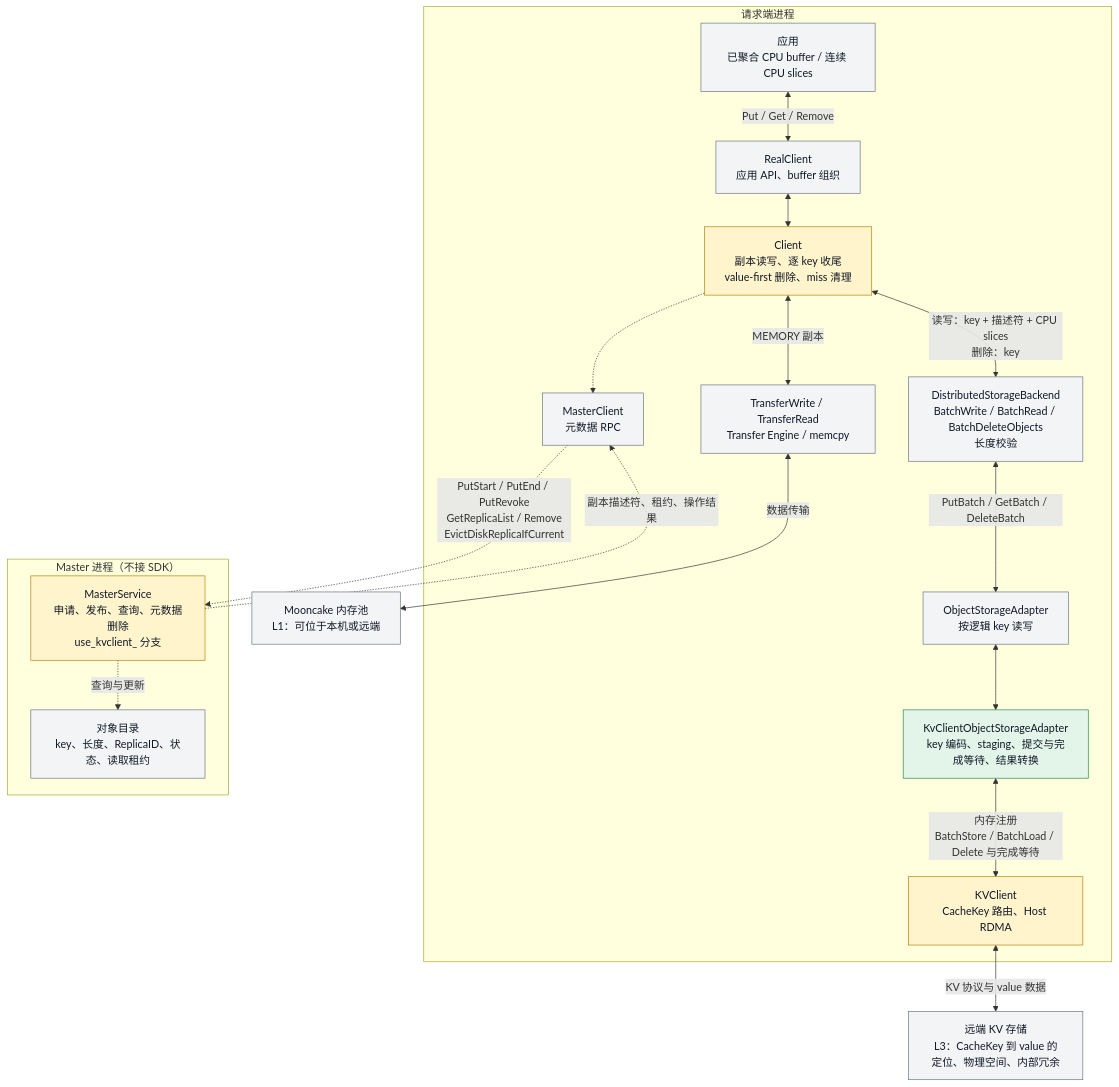
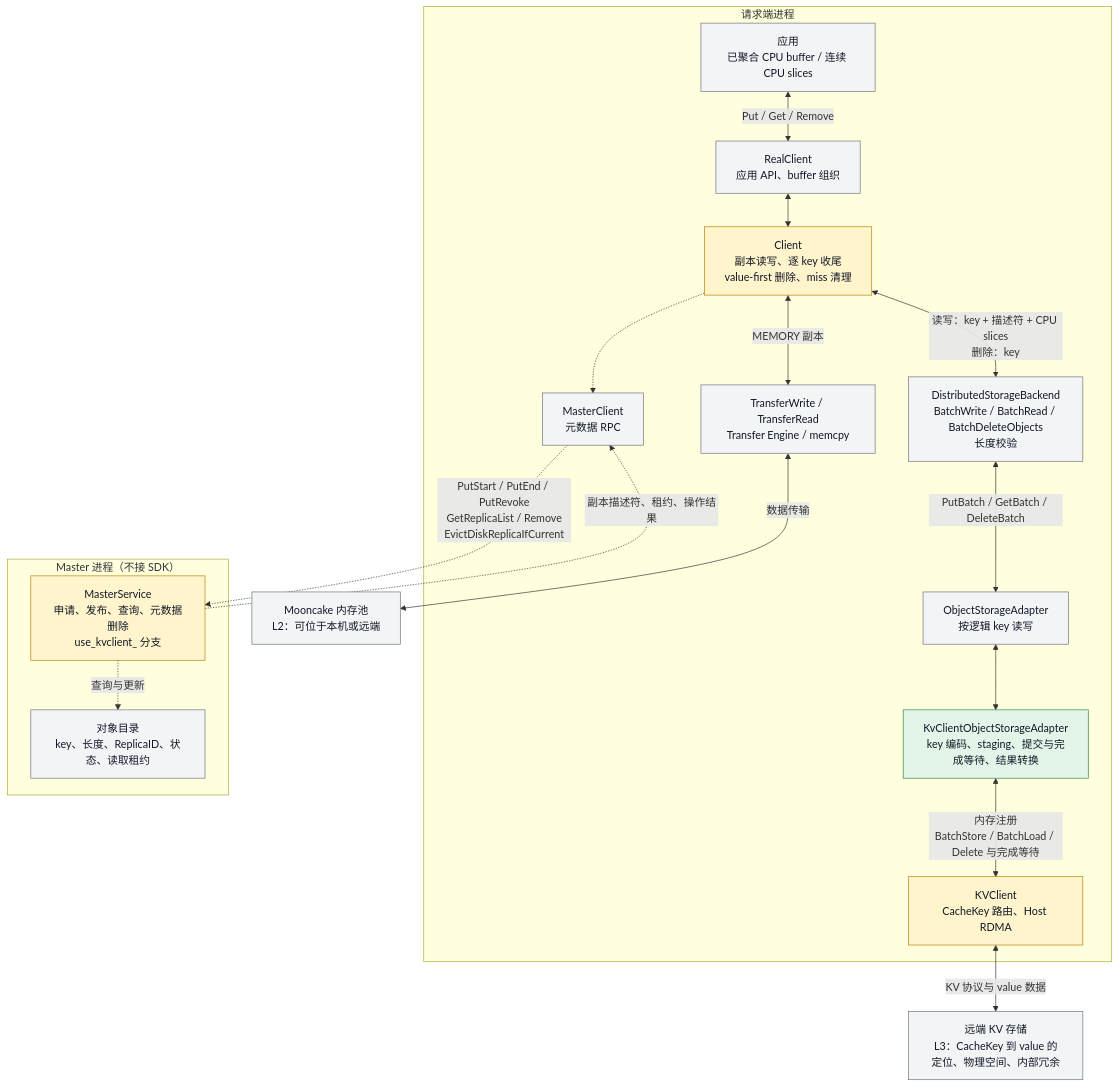
Before and after one commit to zwj20000328-dotcom/Mooncake-documents: the first of 13 diagrams in Mooncake + KVClient L3 接入（Kvcs）- v3.md, drawn with Mermaid. The commit also changed other lines of this file, not shown here.

Commit message:
modified : Mooncake + KVClient L3 接入（Kvcs）- v3.md

````diff
--- a/Mooncake + KVClient L3 接入（Kvcs）- v3.md
+++ b/Mooncake + KVClient L3 接入（Kvcs）- v3.md
@@ -85,45 +84,45 @@
 ```mermaid
 flowchart TB
     subgraph Request["请求端进程"]
         A["应用<br/>已聚合 CPU buffer / 连续 CPU slices"]
         R["RealClient<br/>应用 API、buffer 组织"]
         C["Client<br/>副本读写、逐 key 收尾<br/>value-first 删除、miss 清理"]
         RPC["MasterClient<br/>元数据 RPC"]
         TE["TransferWrite / TransferRead<br/>Transfer Engine / memcpy"]
         B["DistributedStorageBackend<br/>BatchWrite / BatchRead / BatchDeleteObjects<br/>长度校验"]
         O["ObjectStorageAdapter<br/>按逻辑 key 读写"]
         K["KvClientObjectStorageAdapter<br/>key 编码、staging、提交与完成等待、结果转换"]
         SDK["KVClient<br/>CacheKey 路由、Host RDMA"]
 
         A <-->|"Put / Get / Remove"| R
         R <--> C
         C -.-> RPC
         C <-->|"MEMORY 副本"| TE
         C <-->|"读写：key + 描述符 + CPU slices<br/>删除：key"| B
         B <-->|"PutBatch / GetBatch / DeleteBatch"| O
         O <--> K
         K <-->|"内存注册<br/>BatchStore / BatchLoad / Delete 与完成等待"| SDK
     end
 
     subgraph Master["Master 进程（不接 SDK）"]
         M["MasterService<br/>申请、发布、查询、元数据删除<br/>use_kvclient_ 分支"]
         META["对象目录<br/>key、长度、ReplicaID、状态、读取租约"]
 
         M -.->|"查询与更新"| META
     end
 
-    RAM["Mooncake 内存池<br/>L1：可位于本机或远端"]
+    RAM["Mooncake 内存池<br/>L2：可位于本机或远端"]
     S["远端 KV 存储<br/>L3：CacheKey 到 value 的定位、物理空间、内部冗余"]
 
     RPC -.->|"PutStart / PutEnd / PutRevoke<br/>GetReplicaList / Remove<br/>EvictDiskReplicaIfCurrent"| M
     M -.->|"副本描述符、租约、操作结果"| RPC
     TE <-->|"数据传输"| RAM
     SDK <-->|"KV 协议与 value 数据"| S
 
     classDef existing fill:#f3f4f6,stroke:#6b7280,color:#111827;
     classDef changed fill:#fff4cc,stroke:#b58105,color:#111827;
     classDef added fill:#e3f5e8,stroke:#28864b,color:#111827;
     class A,R,RPC,TE,B,O,META,RAM,S existing;
     class C,SDK,M changed;
     class K added;
 ```
````
